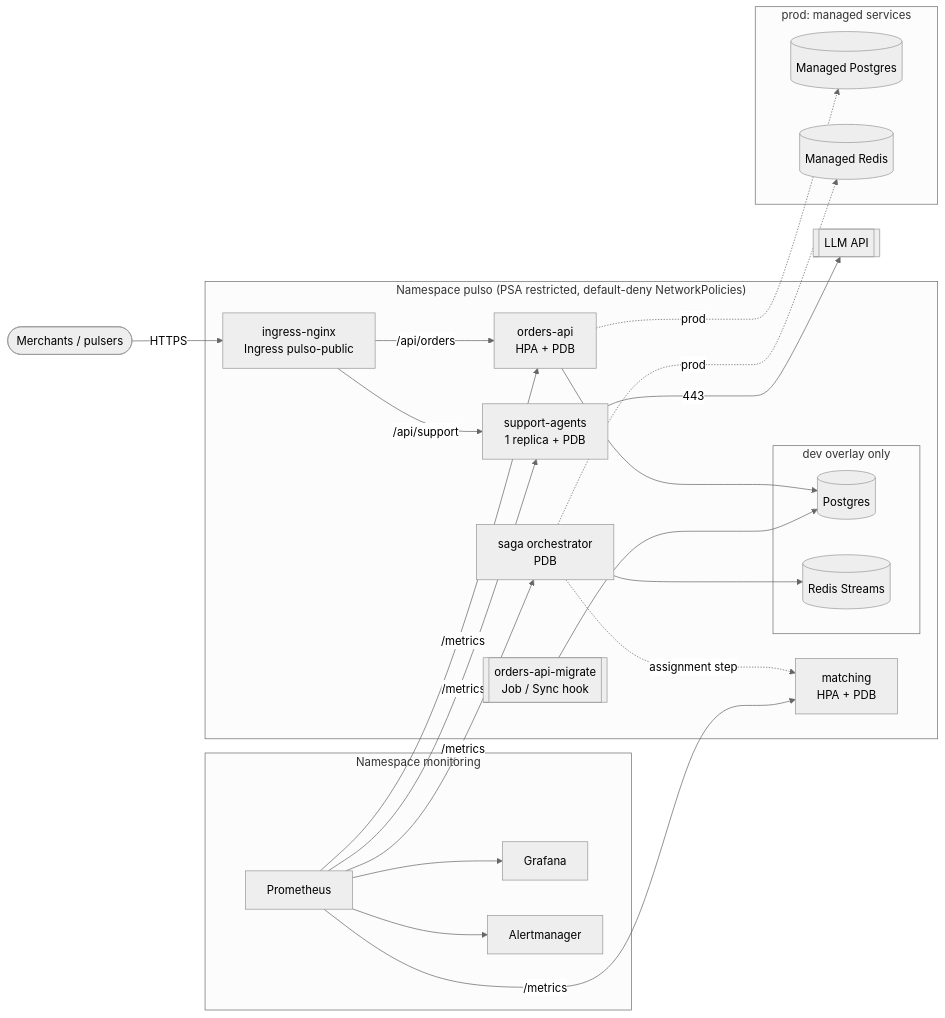
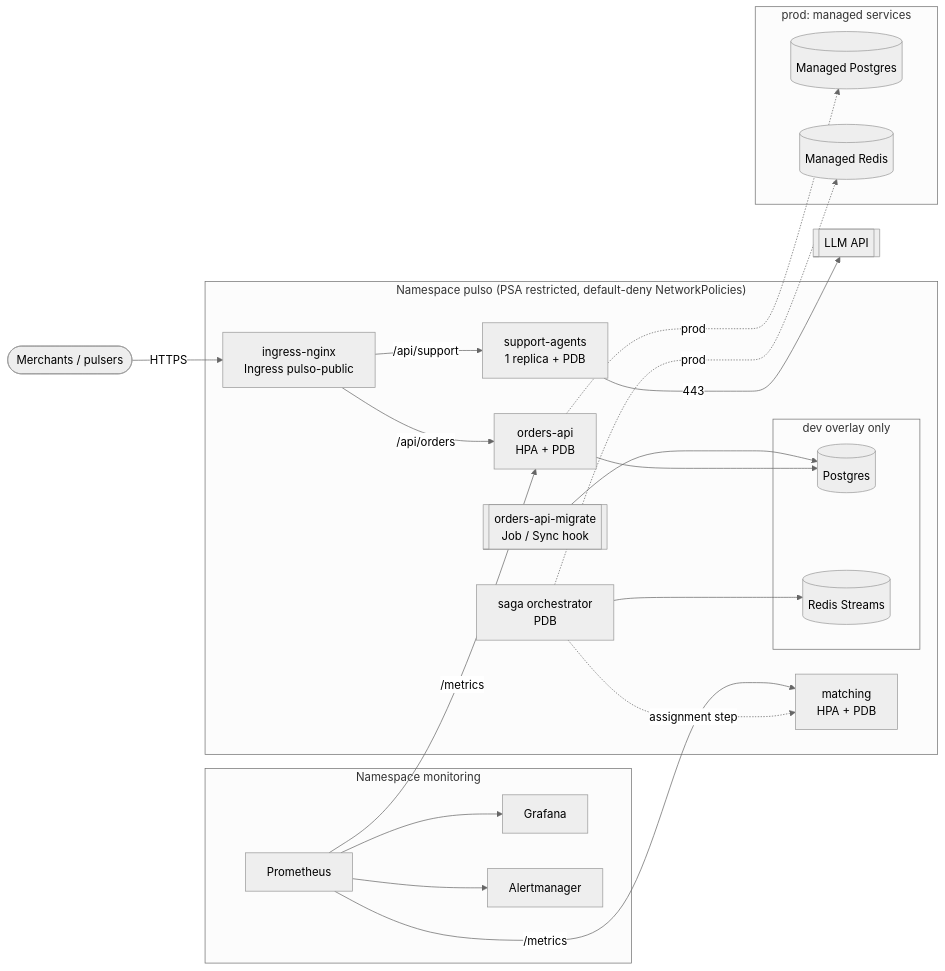
One commit to AlejandroAlvarez-srdev/pulso-platform changed the first of 2 diagrams in README.md. Above: the diagram before and after it, drawn with Mermaid (neutral theme). The commit also changed other lines of this file and 18 other files, not shown here.

````diff
--- a/README.md
+++ b/README.md
@@ -34,35 +35,35 @@
 ```mermaid
 flowchart LR
     client([Merchants / pulsers]) -->|HTTPS| ing
 
     subgraph cluster["Namespace pulso (PSA restricted, default-deny NetworkPolicies)"]
         ing[ingress-nginx<br/>Ingress pulso-public]
         ing -->|/api/orders| orders[orders-api<br/>HPA + PDB]
         ing -->|/api/support| support[support-agents<br/>1 replica + PDB]
         saga[saga orchestrator<br/>PDB] -.->|assignment step| matching[matching<br/>HPA + PDB]
         migrate[[orders-api-migrate<br/>Job / Sync hook]]
 
         subgraph data["dev overlay only"]
             pg[(Postgres)]
             rd[(Redis Streams)]
         end
     end
 
     orders --> pg
     migrate --> pg
     saga --> rd
     support -->|443| llm[[LLM API]]
 
     subgraph managed["prod: managed services"]
         rds[(Managed Postgres)]
         cache[(Managed Redis)]
     end
     orders -. prod .-> rds
     saga -. prod .-> cache
 
     subgraph monitoring["Namespace monitoring"]
         prom[Prometheus] --> graf[Grafana]
         prom --> am[Alertmanager]
     end
-    prom -->|/metrics| orders & matching & support & saga
+    prom -->|/metrics| orders & matching
 ```
````
